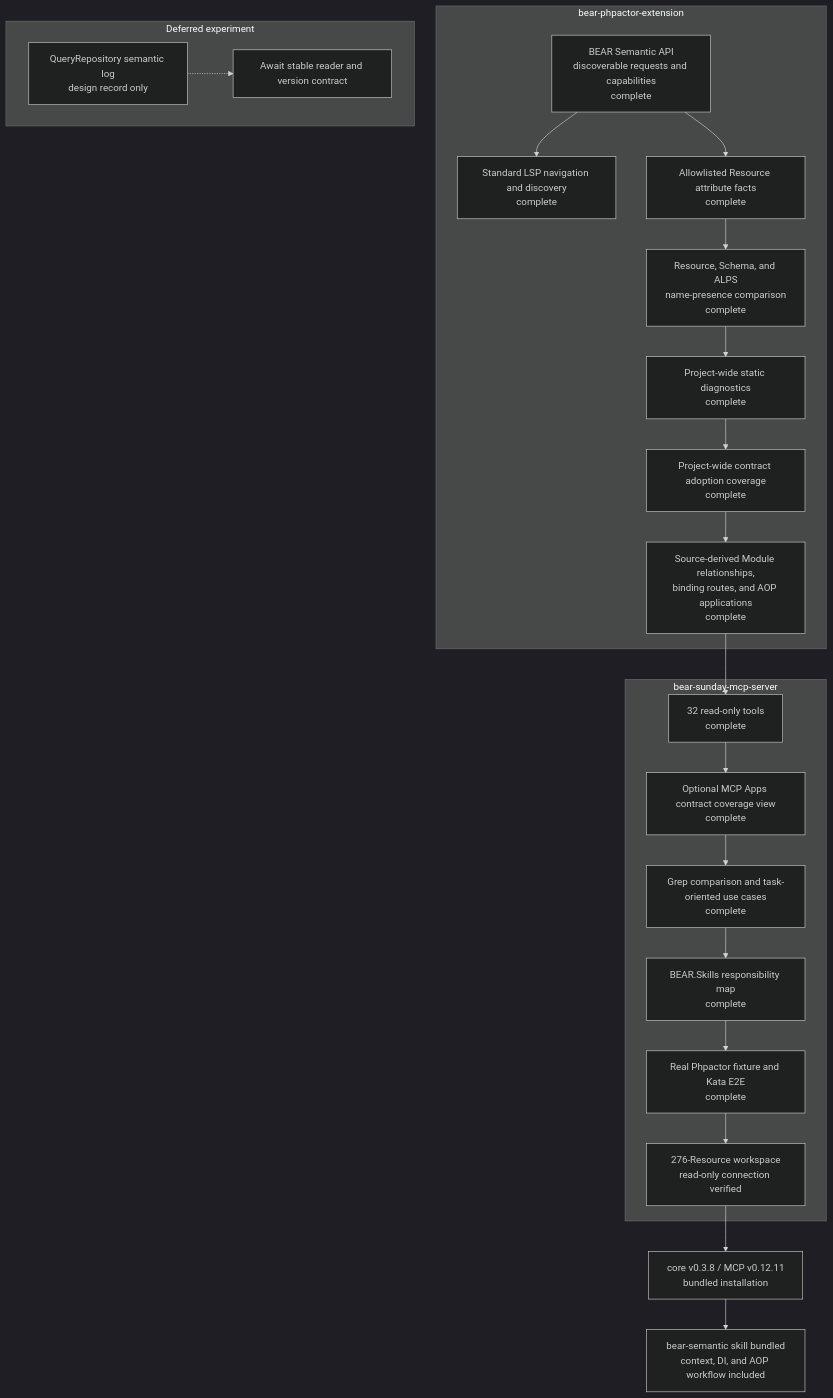
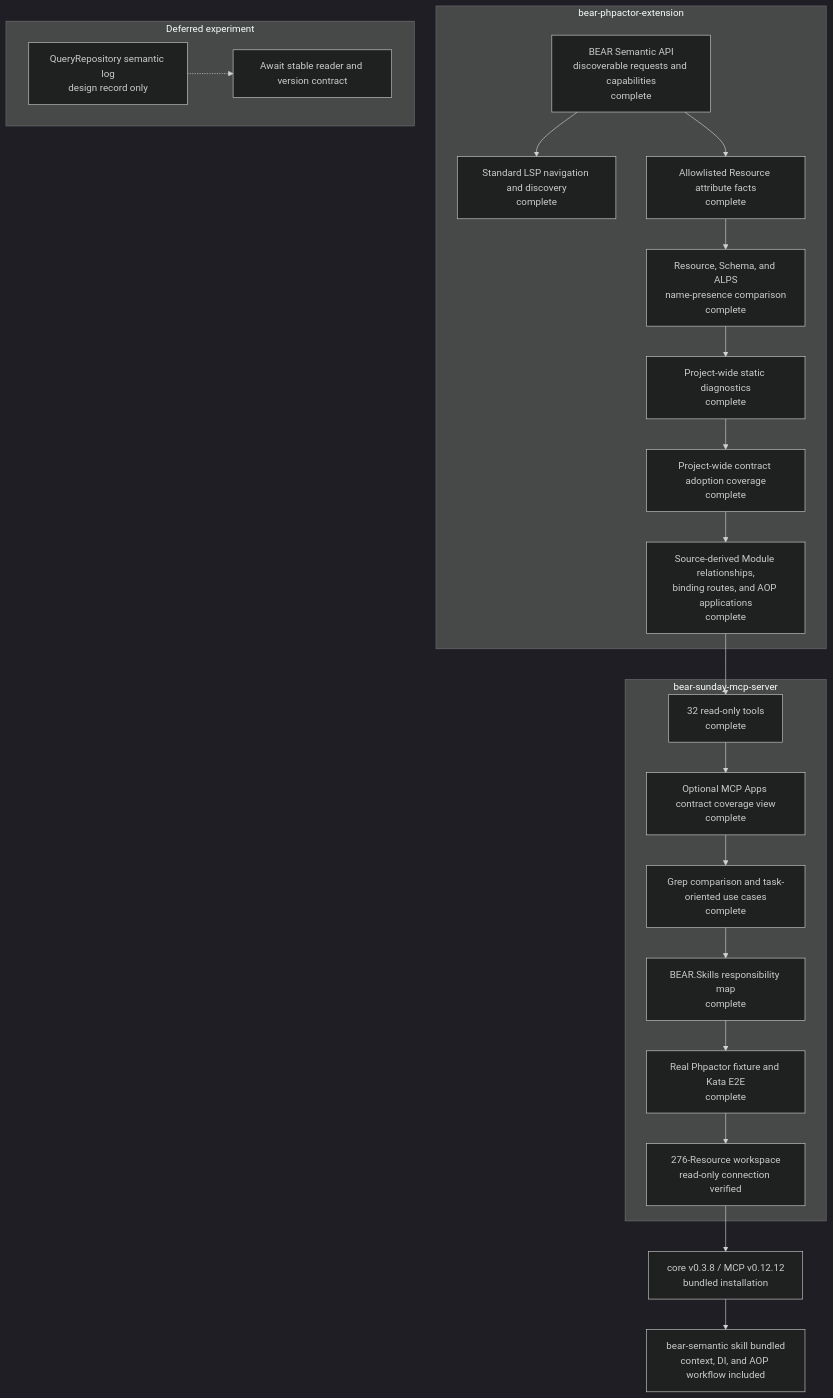
One commit to suzumaze/bear-sunday-mcp-server changed the diagram in docs/project-status.md. Above: the diagram before and after it, drawn with Mermaid (dark theme). The commit also changed other lines of this file and 3 other files, not shown here.

````diff
--- a/docs/project-status.md
+++ b/docs/project-status.md
@@ -9,35 +9,35 @@
 ```mermaid
 flowchart TB
     subgraph Core["bear-phpactor-extension"]
         C1["BEAR Semantic API<br/>discoverable requests and capabilities<br/>complete"]
         C2["Standard LSP navigation and discovery<br/>complete"]
         C3["Allowlisted Resource attribute facts<br/>complete"]
         C4["Resource, Schema, and ALPS<br/>name-presence comparison<br/>complete"]
         C5["Project-wide static diagnostics<br/>complete"]
         C6["Project-wide contract adoption coverage<br/>complete"]
         C7["Source-derived Module relationships,<br/>binding routes, and AOP applications<br/>complete"]
         C1 --> C2
         C1 --> C3 --> C4 --> C5 --> C6 --> C7
     end
 
     subgraph MCP["bear-sunday-mcp-server"]
         M1["32 read-only tools<br/>complete"]
         M0["Optional MCP Apps contract coverage view<br/>complete"]
         M2["Grep comparison and task-oriented use cases<br/>complete"]
         M3["BEAR.Skills responsibility map<br/>complete"]
         M4["Real Phpactor fixture and Kata E2E<br/>complete"]
         M5["276-Resource workspace<br/>read-only connection verified"]
         M1 --> M0 --> M2 --> M3 --> M4 --> M5
     end
 
     C7 --> M1
 
     subgraph Deferred["Deferred experiment"]
         D1["QueryRepository semantic log<br/>design record only"]
         D2["Await stable reader and version contract"]
         D1 -.-> D2
     end
 
-    M5 --> R1["core v0.3.8 / MCP v0.12.11<br/>bundled installation"]
+    M5 --> R1["core v0.3.8 / MCP v0.12.12<br/>bundled installation"]
     R1 --> S1["bear-semantic skill bundled<br/>context, DI, and AOP workflow included"]
 ```
````
